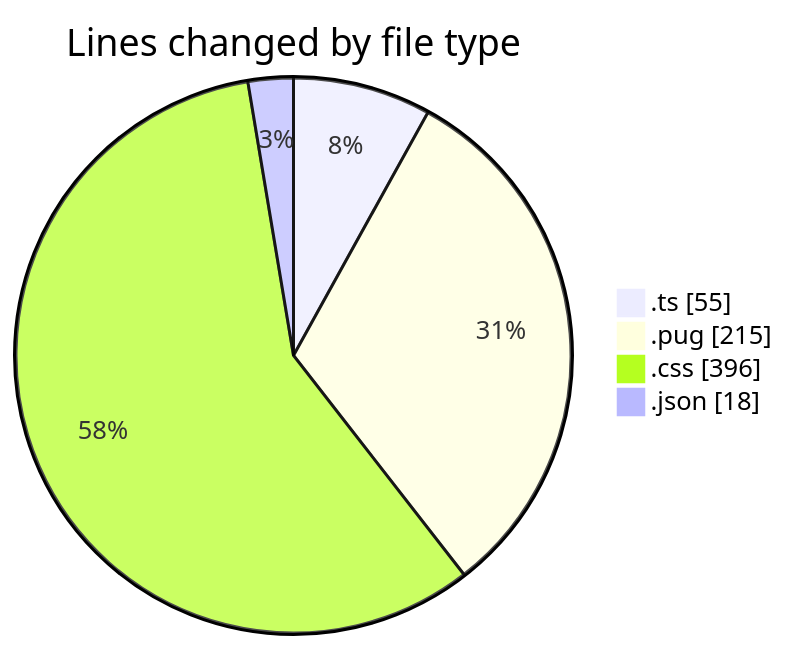
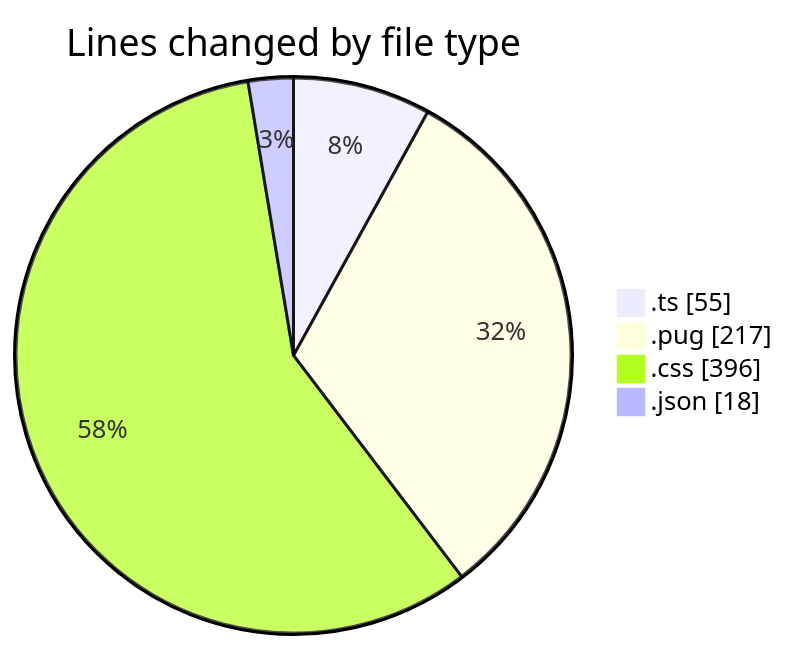
One commit to momahboobian/code-tracking changed the first of 2 diagrams in 2025-10-31/cda/README.md. Above: the diagram before and after it, drawn with Mermaid. The commit also changed other lines of this file and 1 other file, not shown here.

````diff
--- a/2025-10-31/cda/README.md
+++ b/2025-10-31/cda/README.md
@@ -25,8 +25,8 @@
 ```mermaid
 pie showData
 title Lines changed by file type
 ".ts" : 55
-".pug" : 215
+".pug" : 217
 ".css" : 396
 ".json" : 18
 ```
````
